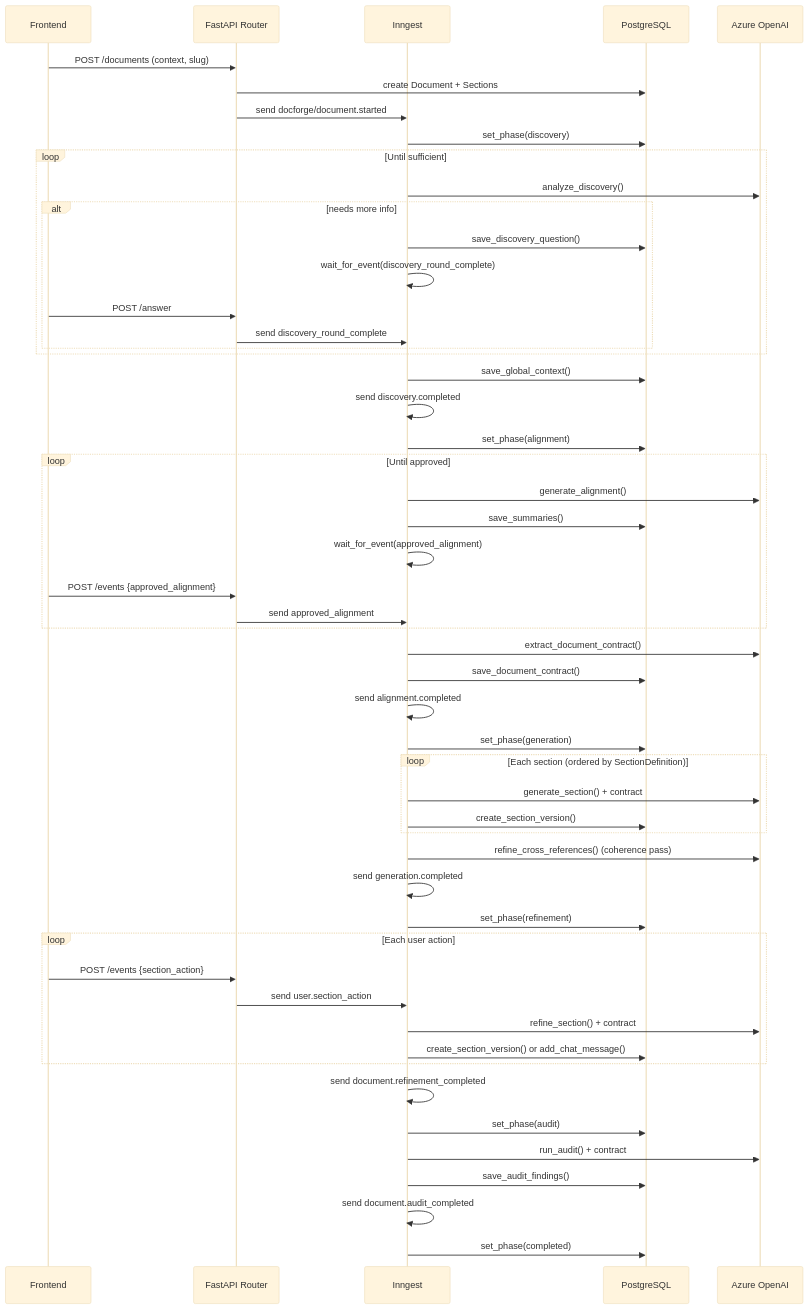
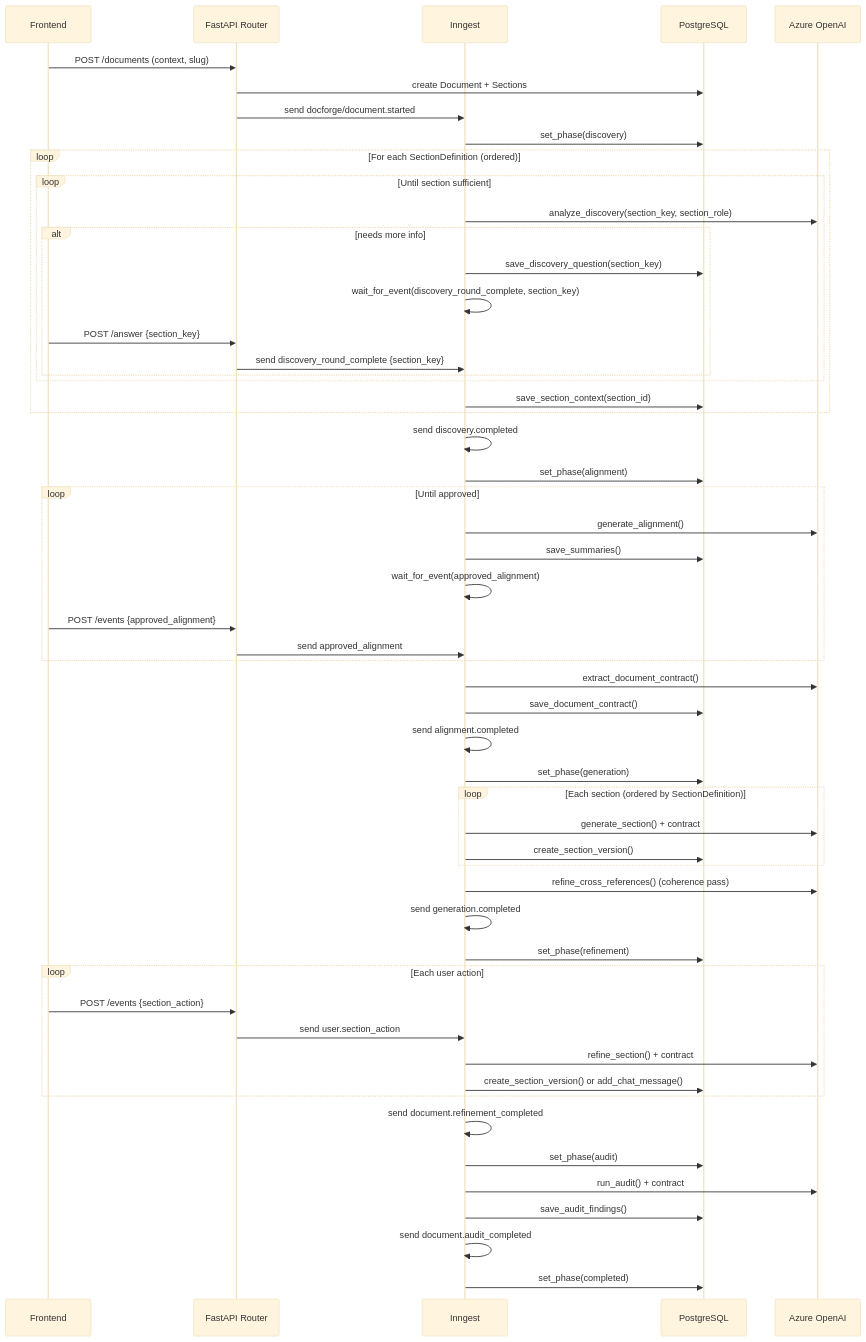
The fourth of 9 diagrams in ARCHITECTURE.md (maxjneto/doc-forge), drawn with Mermaid (base theme) before and after one commit. The commit also changed other lines of this file and 17 other files, not shown here.

````diff
--- a/ARCHITECTURE.md
+++ b/ARCHITECTURE.md
@@ -110,61 +110,63 @@
 ```mermaid
 sequenceDiagram
     participant FE as Frontend
     participant API as FastAPI Router
     participant INN as Inngest
     participant DB as PostgreSQL
     participant AI as Azure OpenAI
 
     FE->>API: POST /documents (context, slug)
     API->>DB: create Document + Sections
     API->>INN: send docforge/document.started
 
     INN->>DB: set_phase(discovery)
-    loop Until sufficient
-        INN->>AI: analyze_discovery()
-        alt needs more info
-            INN->>DB: save_discovery_question()
-            INN->>INN: wait_for_event(discovery_round_complete)
-            FE->>API: POST /answer
-            API->>INN: send discovery_round_complete
+    loop For each SectionDefinition (ordered)
+        loop Until section sufficient
+            INN->>AI: analyze_discovery(section_key, section_role)
+            alt needs more info
+                INN->>DB: save_discovery_question(section_key)
+                INN->>INN: wait_for_event(discovery_round_complete, section_key)
+                FE->>API: POST /answer {section_key}
+                API->>INN: send discovery_round_complete {section_key}
+            end
         end
+        INN->>DB: save_section_context(section_id)
     end
-    INN->>DB: save_global_context()
     INN->>INN: send discovery.completed
 
     INN->>DB: set_phase(alignment)
     loop Until approved
         INN->>AI: generate_alignment()
         INN->>DB: save_summaries()
         INN->>INN: wait_for_event(approved_alignment)
         FE->>API: POST /events {approved_alignment}
         API->>INN: send approved_alignment
     end
     INN->>AI: extract_document_contract()
     INN->>DB: save_document_contract()
     INN->>INN: send alignment.completed
 
     INN->>DB: set_phase(generation)
     loop Each section (ordered by SectionDefinition)
         INN->>AI: generate_section() + contract
         INN->>DB: create_section_version()
     end
     INN->>AI: refine_cross_references() (coherence pass)
     INN->>INN: send generation.completed
 
     INN->>DB: set_phase(refinement)
     loop Each user action
         FE->>API: POST /events {section_action}
         API->>INN: send user.section_action
         INN->>AI: refine_section() + contract
         INN->>DB: create_section_version() or add_chat_message()
     end
     INN->>INN: send document.refinement_completed
 
     INN->>DB: set_phase(audit)
     INN->>AI: run_audit() + contract
     INN->>DB: save_audit_findings()
     INN->>INN: send document.audit_completed
 
     INN->>DB: set_phase(completed)
 ```
````
